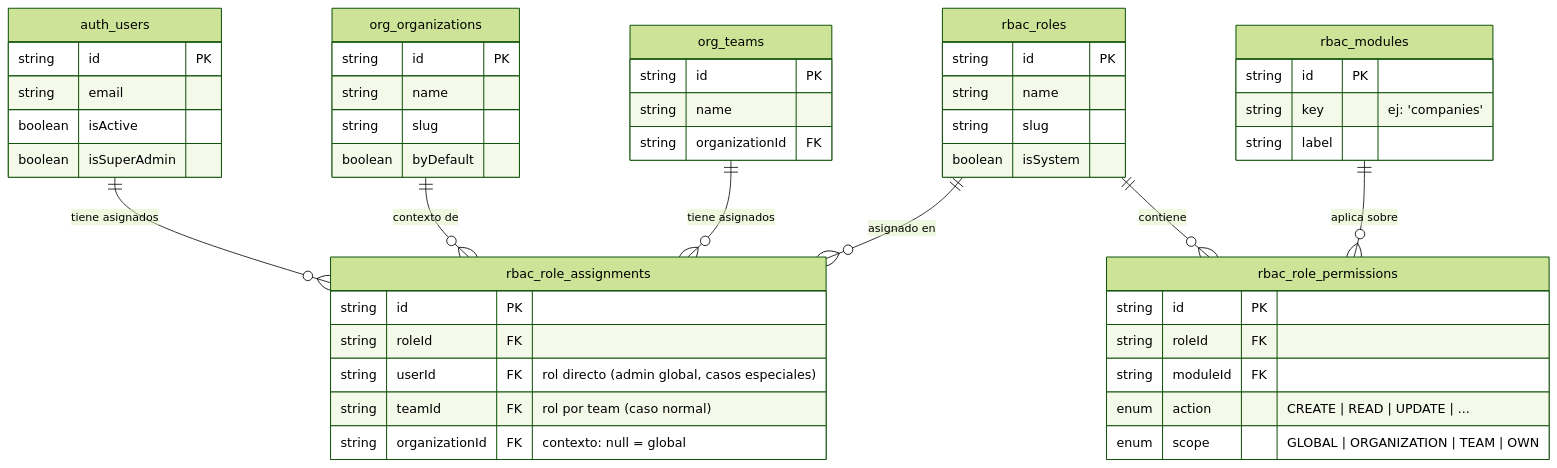
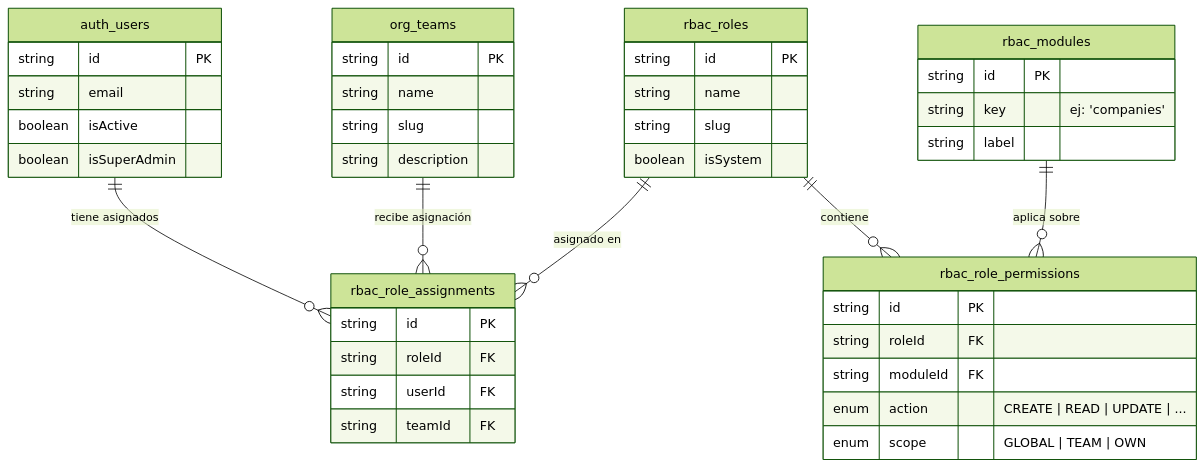
One commit to javireyramirez/plantilla-fastify changed the first of 3 diagrams in rbac_ampliado.md. Above: the diagram before and after it, drawn with Mermaid (forest theme). The commit also changed other lines of this file and 2 other files, not shown here.

````diff
--- a/rbac_ampliado.md
+++ b/rbac_ampliado.md
@@ -23,52 +17,45 @@
 ```mermaid
 erDiagram
     auth_users ||--o{ rbac_role_assignments : "tiene asignados"
-    org_organizations ||--o{ rbac_role_assignments : "contexto de"
-    org_teams ||--o{ rbac_role_assignments : "tiene asignados"
+    org_teams ||--o{ rbac_role_assignments : "recibe asignación"
     rbac_roles ||--o{ rbac_role_assignments : "asignado en"
     rbac_roles ||--o{ rbac_role_permissions : "contiene"
     rbac_modules ||--o{ rbac_role_permissions : "aplica sobre"
 
     auth_users {
         string id PK
         string email
         boolean isActive
         boolean isSuperAdmin
     }
-    org_organizations {
+    org_teams {
         string id PK
         string name
         string slug
-        boolean byDefault
-    }
-    org_teams {
-        string id PK
-        string name
-        string organizationId FK
+        string description
     }
     rbac_roles {
         string id PK
         string name
         string slug
         boolean isSystem
     }
     rbac_modules {
         string id PK
         string key "ej: 'companies'"
         string label
     }
     rbac_role_permissions {
         string id PK
         string roleId FK
         string moduleId FK
         enum action "CREATE | READ | UPDATE | ..."
-        enum scope "GLOBAL | ORGANIZATION | TEAM | OWN"
+        enum scope "GLOBAL | TEAM | OWN"
     }
     rbac_role_assignments {
         string id PK
         string roleId FK
-        string userId FK "rol directo (admin global, casos especiales)"
-        string teamId FK "rol por team (caso normal)"
-        string organizationId FK "contexto: null = global"
+        string userId FK
+        string teamId FK
     }
 ```
````
